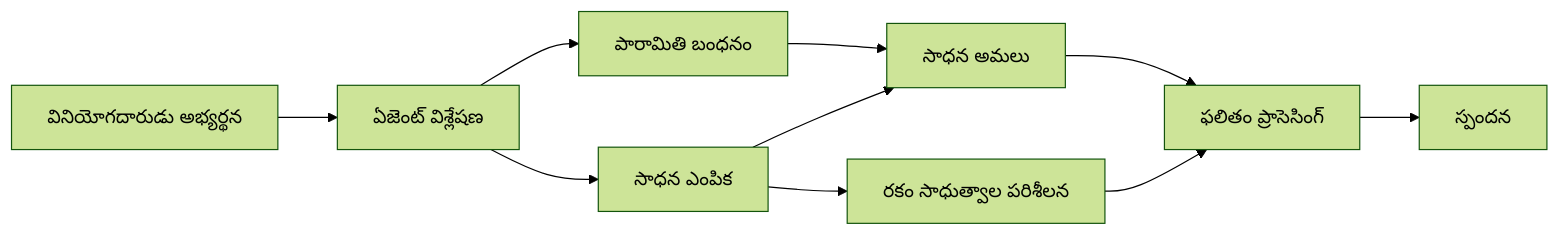
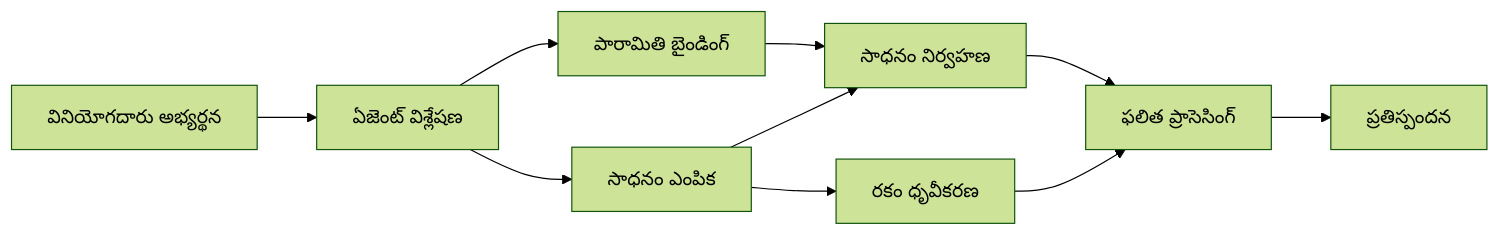
Before and after one commit to venturemavenwill/azureaifundamentals: the diagram in translations/te/04-tool-use/code_samples/04-dotnet-agent-framework.md, drawn with Mermaid (forest theme). The commit also changed other lines of this file and 2002 other files, not shown here.

````diff
--- a/translations/te/04-tool-use/code_samples/04-dotnet-agent-framework.md
+++ b/translations/te/04-tool-use/code_samples/04-dotnet-agent-framework.md
@@ -40,12 +40,12 @@
 ```mermaid
 graph LR
-    A[వినియోగదారుడు అభ్యర్థన] --> B[ఏజెంట్ విశ్లేషణ]
-    B --> C[సాధన ఎంపిక]
-    C --> D[రకం సాధుత్వాల పరిశీలన]
-    B --> E[పారామితి బంధనం]
-    E --> F[సాధన అమలు]
+    A[వినియోగదారు అభ్యర్థన] --> B[ఏజెంట్ విశ్లేషణ]
+    B --> C[సాధనం ఎంపిక]
+    C --> D[రకం ధృవీకరణ]
+    B --> E[పారామితి బైండింగ్]
+    E --> F[సాధనం నిర్వహణ]
     C --> F
-    F --> G[ఫలితం ప్రాసెసింగ్]
+    F --> G[ఫలిత ప్రాసెసింగ్]
     D --> G
-    G --> H[స్పందన]
+    G --> H[ప్రతిస్పందన]
 ```
````
